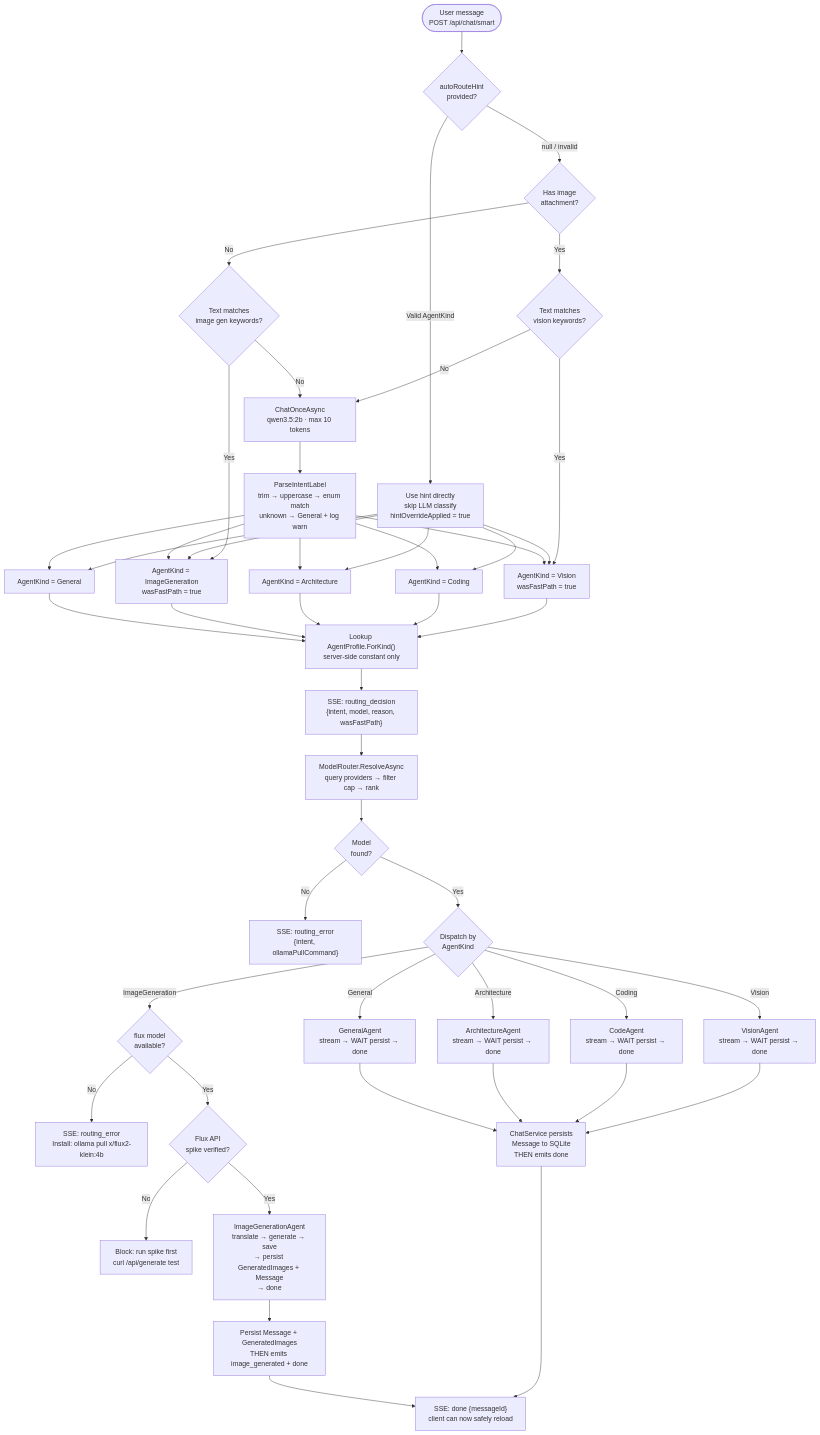
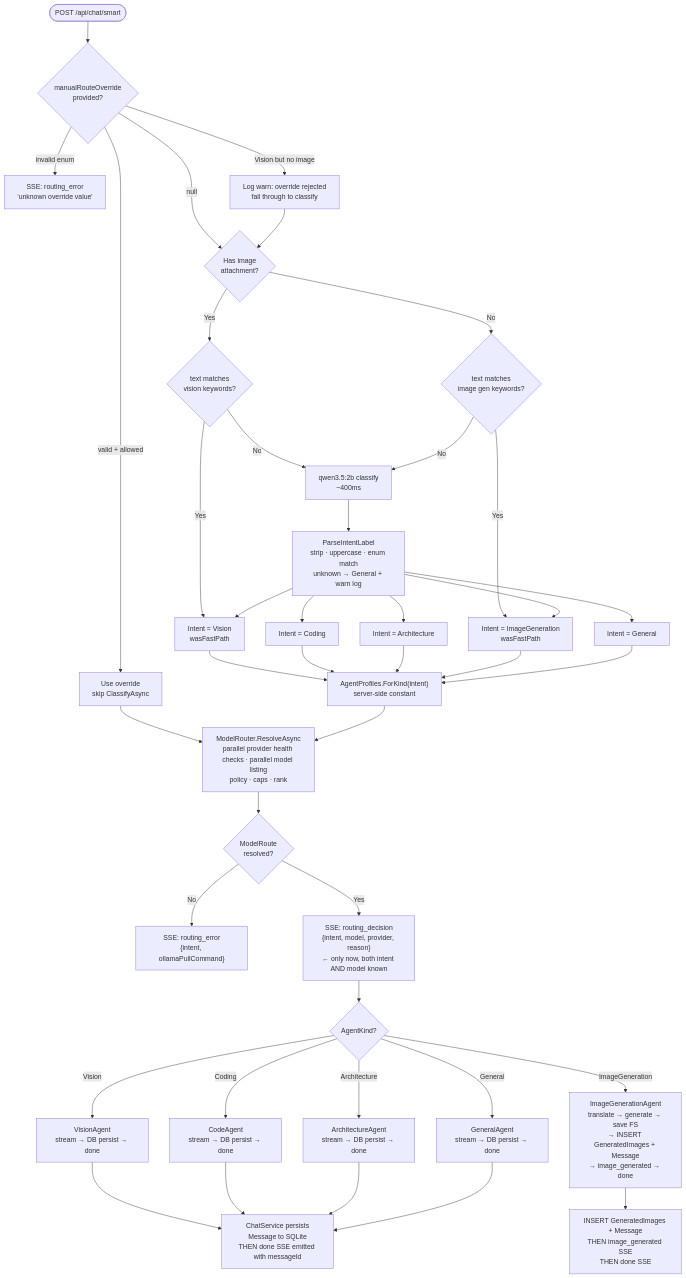
Before and after one commit to ekanatha-urivakili/EminentAiAgent: diagram 18 of 19 in docs/AGENT_2_AGENT_ARCHITECTURE.md, drawn with Mermaid. The commit also changed other lines of this file and 58 other files, not shown here.

````diff
--- a/docs/AGENT_2_AGENT_ARCHITECTURE.md
+++ b/docs/AGENT_2_AGENT_ARCHITECTURE.md
@@ -1194,47 +1268,47 @@
 ```mermaid
 flowchart TD
-    Start(["User message\nPOST /api/chat/smart"])
+    Start(["POST /api/chat/smart"])
 
-    Start --> HintCheck{autoRouteHint\nprovided?}
-    HintCheck -->|"Valid AgentKind"| HintApply["Use hint directly\nskip LLM classify\nhintOverrideApplied = true"]
-    HintCheck -->|"null / invalid"| HasImg{Has image\nattachment?}
+    Start --> ParseOverride{"manualRouteOverride\nprovided?"}
 
-    HasImg -->|"Yes"| FastV{"Text matches\nvision keywords?"}
-    HasImg -->|"No"| FastIG{"Text matches\nimage gen keywords?"}
+    ParseOverride -->|"invalid enum"| ErrOverride["SSE: routing_error\n'unknown override value'"]
+    ParseOverride -->|"Vision but no image"| WarnOverride["Log warn: override rejected\nfall through to classify"]
+    ParseOverride -->|"valid + allowed"| SkipClassify["Use override\nskip ClassifyAsync"]
+    ParseOverride -->|"null"| HasImg
 
-    FastV -->|"Yes"| KVision["AgentKind = Vision\nwasFastPath = true"]
-    FastV -->|"No"| LlmClassify["ChatOnceAsync\nqwen3.5:2b · max 10 tokens"]
+    WarnOverride --> HasImg{Has image\nattachment?}
+    SkipClassify --> ResolveModel
 
-    FastIG -->|"Yes"| KImgGen["AgentKind = ImageGeneration\nwasFastPath = true"]
+    HasImg -->|"Yes"| FastV{"text matches\nvision keywords?"}
+    HasImg -->|"No"| FastIG{"text matches\nimage gen keywords?"}
+
+    FastV -->|"Yes"| KVision["Intent = Vision\nwasFastPath"]
+    FastV -->|"No"| LlmClassify["qwen3.5:2b classify\n~400ms"]
+
+    FastIG -->|"Yes"| KImgGen["Intent = ImageGeneration\nwasFastPath"]
     FastIG -->|"No"| LlmClassify
 
-    HintApply --> KVision & KCoding["AgentKind = Coding"] & KArch["AgentKind = Architecture"] & KImgGen & KGeneral["AgentKind = General"]
+    LlmClassify --> DefParse["ParseIntentLabel\nstrip · uppercase · enum match\nunknown → General + warn log"]
+    DefParse --> KVision & KCoding["Intent = Coding"] & KArch["Intent = Architecture"] & KImgGen & KGeneral["Intent = General"]
 
-    LlmClassify --> DefensiveParse["ParseIntentLabel\ntrim → uppercase → enum match\nunknown → General + log warn"]
-    DefensiveParse --> KVision & KCoding & KArch & KImgGen & KGeneral
+    KVision & KCoding & KArch & KImgGen & KGeneral --> AgentProfile["AgentProfiles.ForKind(intent)\nserver-side constant"]
+    
+    AgentProfile --> ResolveModel["ModelRouter.ResolveAsync\nparallel provider health checks · parallel model listing\npolicy · caps · rank"]
 
-    KVision & KCoding & KArch & KImgGen & KGeneral --> AgentProfile["Lookup AgentProfile.ForKind()\nserver-side constant only"]
-    AgentProfile --> EmitRouting["SSE: routing_decision\n{intent, model, reason, wasFastPath}"]
-
-    EmitRouting --> ModelRouter["ModelRouter.ResolveAsync\nquery providers → filter cap → rank"]
-    ModelRouter --> NoModel{Model\nfound?}
+    ResolveModel --> NoModel{"ModelRoute\nresolved?"}
     NoModel -->|"No"| ErrModel["SSE: routing_error\n{intent, ollamaPullCommand}"]
 
-    NoModel -->|"Yes"| DispatchAgent{Dispatch by\nAgentKind}
+    NoModel -->|"Yes"| EmitRouting["SSE: routing_decision\n{intent, model, provider, reason}\n← only now, both intent AND model known"]
 
-    DispatchAgent -->|"Vision"| AgentVision["VisionAgent\nstream → WAIT persist → done"]
-    DispatchAgent -->|"Coding"| AgentCode["CodeAgent\nstream → WAIT persist → done"]
-    DispatchAgent -->|"Architecture"| AgentArch["ArchitectureAgent\nstream → WAIT persist → done"]
-    DispatchAgent -->|"General"| AgentGeneral["GeneralAgent\nstream → WAIT persist → done"]
-    DispatchAgent -->|"ImageGeneration"| FluxCheck{flux model\navailable?}
+    EmitRouting --> DispatchAgent{AgentKind?}
 
-    FluxCheck -->|"No"| ErrFlux["SSE: routing_error\nInstall: ollama pull x/flux2-klein:4b"]
-    FluxCheck -->|"Yes"| SpikeOK{Flux API\nspike verified?}
-    SpikeOK -->|"No"| ErrSpike["Block: run spike first\ncurl /api/generate test"]
-    SpikeOK -->|"Yes"| AgentImgGen["ImageGenerationAgent\ntranslate → generate → save\n→ persist GeneratedImages + Message\n→ done"]
+    DispatchAgent -->|"Vision"| AgentV["VisionAgent\nstream → DB persist → done"]
+    DispatchAgent -->|"Coding"| AgentC["CodeAgent\nstream → DB persist → done"]
+    DispatchAgent -->|"Architecture"| AgentA["ArchitectureAgent\nstream → DB persist → done"]
+    DispatchAgent -->|"General"| AgentG["GeneralAgent\nstream → DB persist → done"]
+    DispatchAgent -->|"ImageGeneration"| AgentI["ImageGenerationAgent\ntranslate → generate → save FS\n→ INSERT GeneratedImages + Message\n→ image_generated → done"]
 
-    AgentVision & AgentCode & AgentArch & AgentGeneral --> PersistDone["ChatService persists\nMessage to SQLite\nTHEN emits done"]
-    AgentImgGen --> PersistDoneImg["Persist Message + GeneratedImages\nTHEN emits image_generated + done"]
+    AgentV & AgentC & AgentA & AgentG --> PersistRule["ChatService persists\nMessage to SQLite\nTHEN done SSE emitted with messageId"]
 
-    PersistDone & PersistDoneImg --> SSEDone["SSE: done {messageId}\nclient can now safely reload"]
+    AgentI --> PersistImg["INSERT GeneratedImages + Message\nTHEN image_generated SSE\nTHEN done SSE"]
 ```
````
